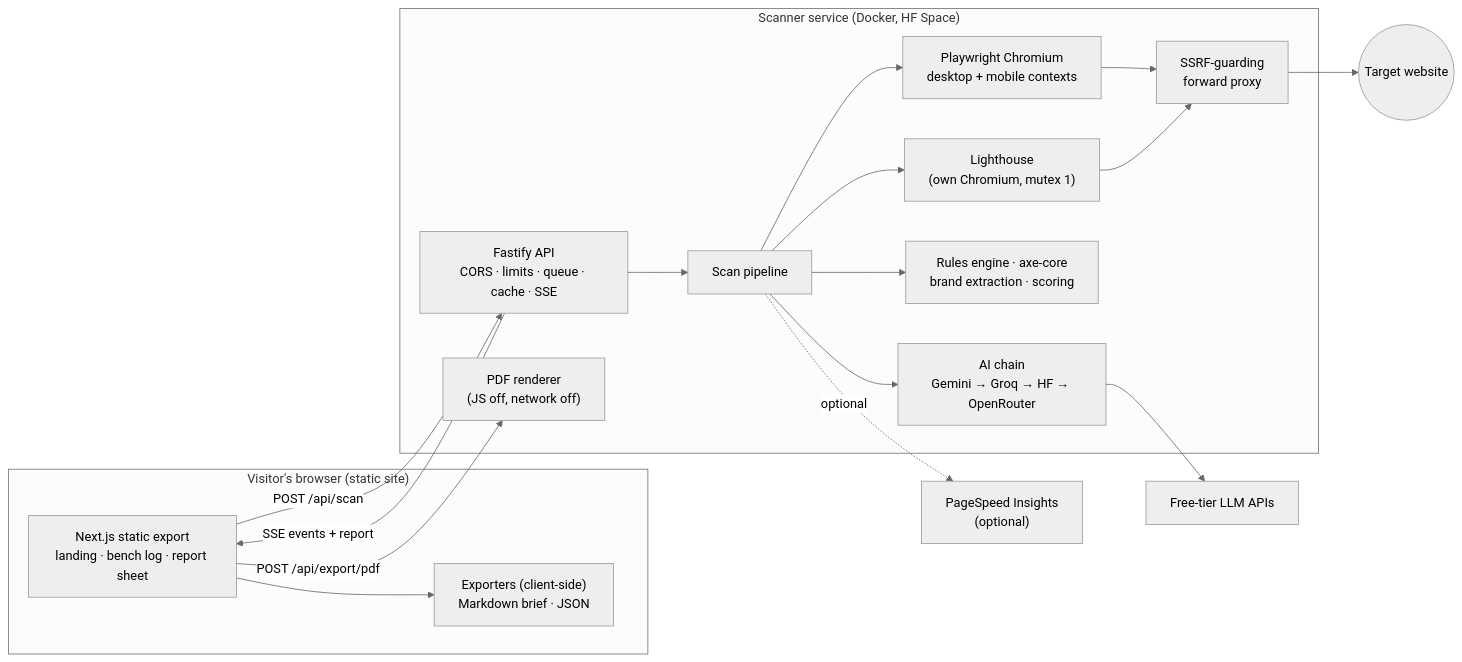
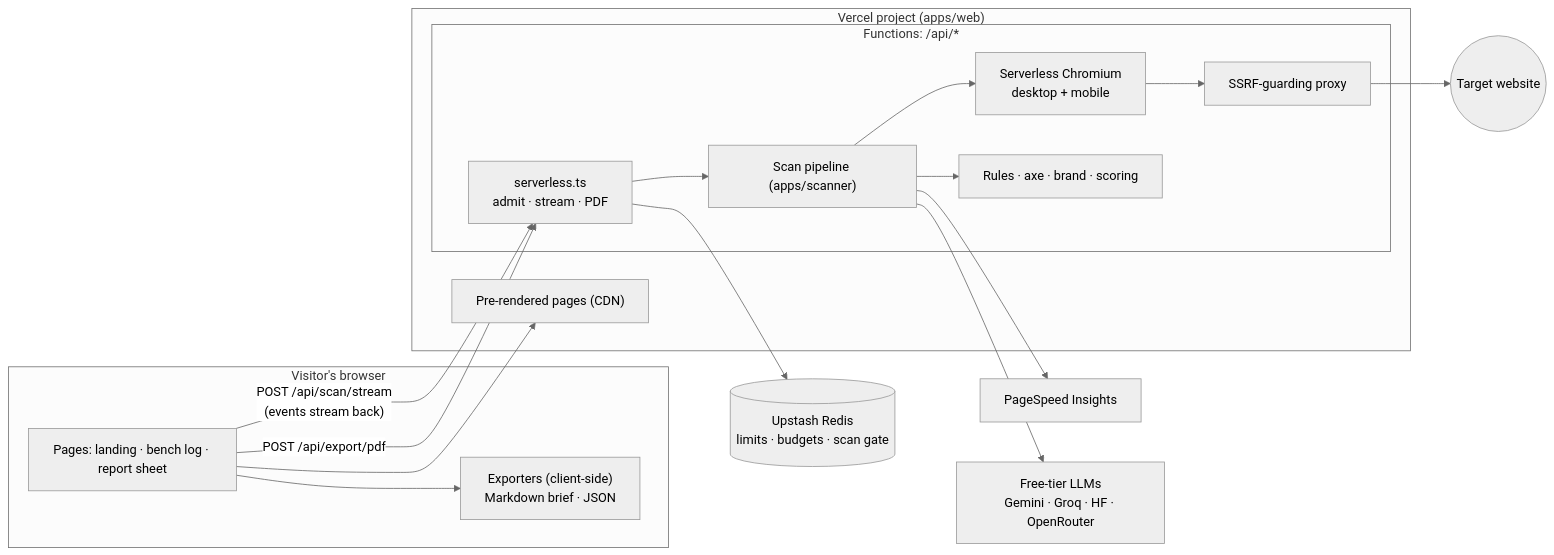
The diagram in docs/ARCHITECTURE.md (KrishAryan12/Teardown), drawn with Mermaid (neutral theme) before and after one commit. The commit also changed other lines of this file and 49 other files, not shown here.

First line of the commit message:
feat: run the scanner as Vercel Functions in one project with the site

````diff
--- a/docs/ARCHITECTURE.md
+++ b/docs/ARCHITECTURE.md
@@ -3,35 +5,32 @@
 ```mermaid
 flowchart LR
-  subgraph Browser["Visitor's browser (static site)"]
-    UI["Next.js static export<br/>landing · bench log · report sheet"]
+  subgraph Browser["Visitor's browser"]
+    UI["Pages: landing · bench log · report sheet"]
     EXP["Exporters (client-side)<br/>Markdown brief · JSON"]
   end
-  subgraph Scanner["Scanner service (Docker, HF Space)"]
-    API["Fastify API<br/>CORS · limits · queue · cache · SSE"]
-    RUN["Scan pipeline"]
-    PROXY["SSRF-guarding<br/>forward proxy"]
-    PW["Playwright Chromium<br/>desktop + mobile contexts"]
-    LH["Lighthouse<br/>(own Chromium, mutex 1)"]
-    RULES["Rules engine · axe-core<br/>brand extraction · scoring"]
-    AI["AI chain<br/>Gemini → Groq → HF → OpenRouter"]
-    PDF["PDF renderer<br/>(JS off, network off)"]
+  subgraph Vercel["Vercel project (apps/web)"]
+    STATIC["Pre-rendered pages (CDN)"]
+    subgraph Fn["Functions: /api/*"]
+      API["serverless.ts<br/>admit · stream · PDF"]
+      RUN["Scan pipeline (apps/scanner)"]
+      PROXY["SSRF-guarding proxy"]
+      PW["Serverless Chromium<br/>desktop + mobile"]
+      RULES["Rules · axe · brand · scoring"]
+    end
   end
+  REDIS[("Upstash Redis<br/>limits · budgets · scan gate")]
+  PSI["PageSpeed Insights"]
+  LLM["Free-tier LLMs<br/>Gemini · Groq · HF · OpenRouter"]
   WEB(("Target website"))
-  PSI["PageSpeed Insights<br/>(optional)"]
-  LLM["Free-tier LLM APIs"]
 
-  UI -- "POST /api/scan" --> API
-  API -- "SSE events + report" --> UI
-  UI -- "POST /api/export/pdf" --> PDF
+  UI --> STATIC
+  UI -- "POST /api/scan/stream<br/>(events stream back)" --> API
+  UI -- "POST /api/export/pdf" --> API
   UI --> EXP
+  API --> REDIS
   API --> RUN
-  RUN --> PW
-  RUN --> LH
+  RUN --> PW --> PROXY --> WEB
   RUN --> RULES
-  RUN --> AI
-  RUN -. "optional" .-> PSI
-  PW --> PROXY
-  LH --> PROXY
-  PROXY --> WEB
-  AI --> LLM
+  RUN --> PSI
+  RUN --> LLM
 ```
````
